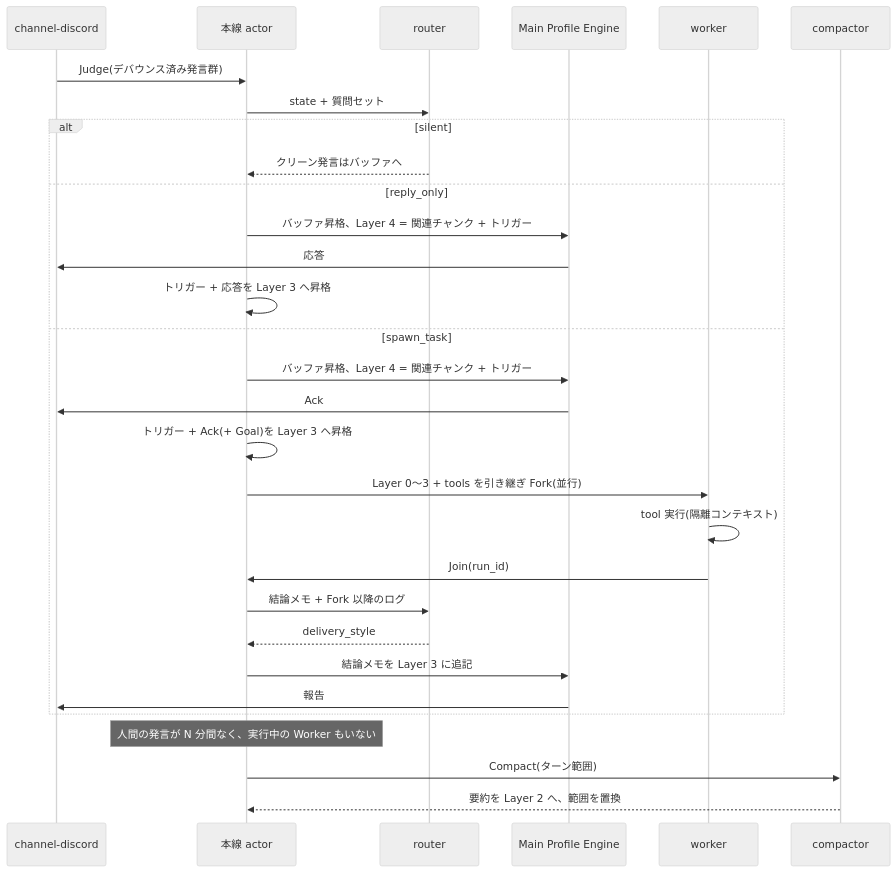
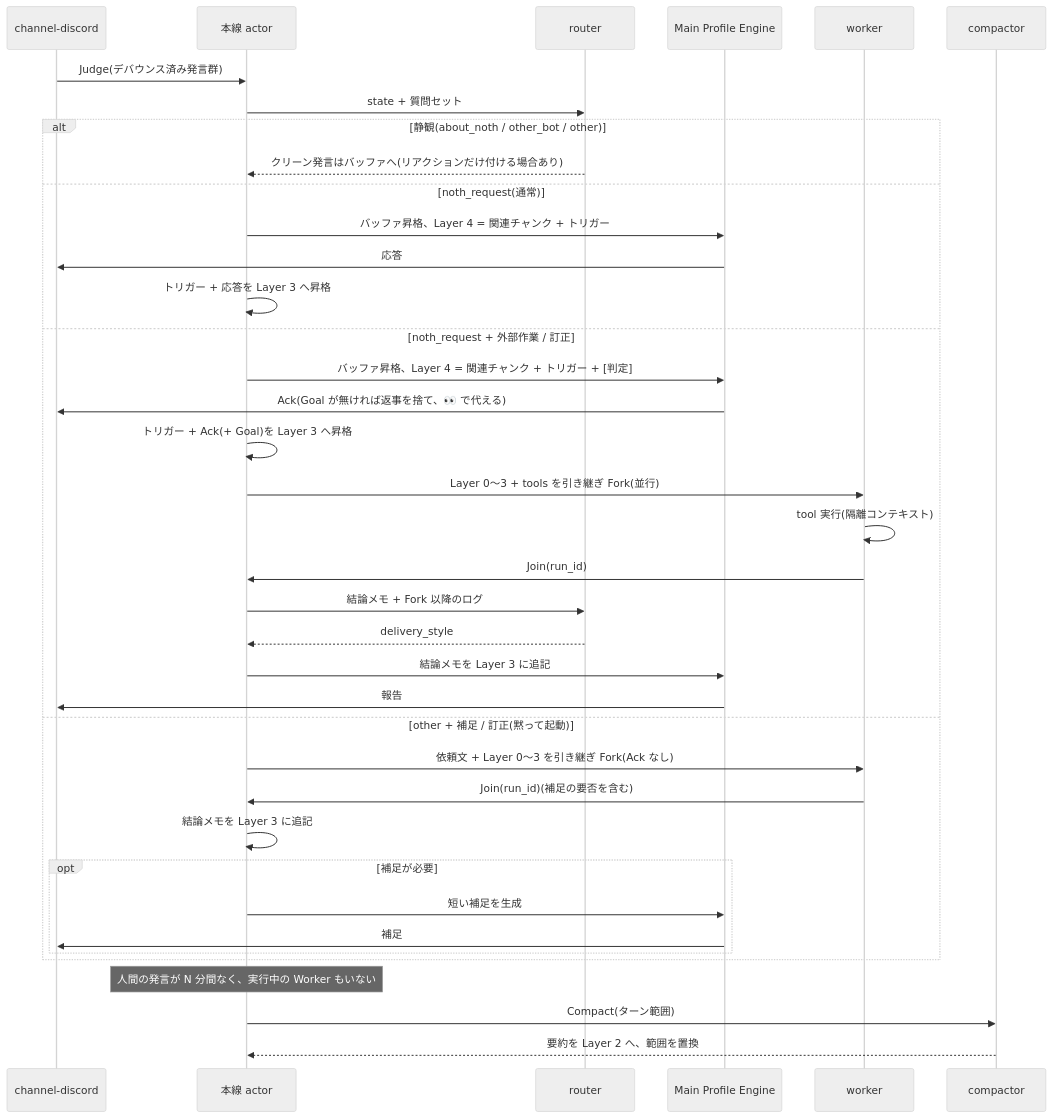
One commit to NotHumanServer/noth changed the diagram in docs/context-layers.md. Above: the diagram before and after it, drawn with Mermaid (neutral theme). The commit also changed other lines of this file and 8 other files, not shown here.

````diff
--- a/docs/context-layers.md
+++ b/docs/context-layers.md
@@ -197,33 +283,41 @@
 ```mermaid
 sequenceDiagram
     participant D as channel-discord
     participant A as 本線 actor
     participant R as router
     participant M as Main Profile Engine
     participant W as worker
     participant C as compactor
 
     D->>A: Judge(デバウンス済み発言群)
     A->>R: state + 質問セット
-    alt silent
-        R-->>A: クリーン発言はバッファへ
-    else reply_only
+    alt 静観(about_noth / other_bot / other)
+        R-->>A: クリーン発言はバッファへ(リアクションだけ付ける場合あり)
+    else noth_request(通常)
         A->>M: バッファ昇格、Layer 4 = 関連チャンク + トリガー
         M->>D: 応答
         A->>A: トリガー + 応答を Layer 3 へ昇格
-    else spawn_task
-        A->>M: バッファ昇格、Layer 4 = 関連チャンク + トリガー
-        M->>D: Ack
+    else noth_request + 外部作業 / 訂正
+        A->>M: バッファ昇格、Layer 4 = 関連チャンク + トリガー + [判定]
+        M->>D: Ack(Goal が無ければ返事を捨て、👀 で代える)
         A->>A: トリガー + Ack(+ Goal)を Layer 3 へ昇格
         A->>W: Layer 0〜3 + tools を引き継ぎ Fork(並行)
         W->>W: tool 実行(隔離コンテキスト)
         W->>A: Join(run_id)
         A->>R: 結論メモ + Fork 以降のログ
         R-->>A: delivery_style
         A->>M: 結論メモを Layer 3 に追記
         M->>D: 報告
+    else other + 補足 / 訂正(黙って起動)
+        A->>W: 依頼文 + Layer 0〜3 を引き継ぎ Fork(Ack なし)
+        W->>A: Join(run_id)(補足の要否を含む)
+        A->>A: 結論メモを Layer 3 に追記
+        opt 補足が必要
+            A->>M: 短い補足を生成
+            M->>D: 補足
+        end
     end
     Note over A: 人間の発言が N 分間なく、実行中の Worker もいない
     A->>C: Compact(ターン範囲)
     C-->>A: 要約を Layer 2 へ、範囲を置換
 ```
````
